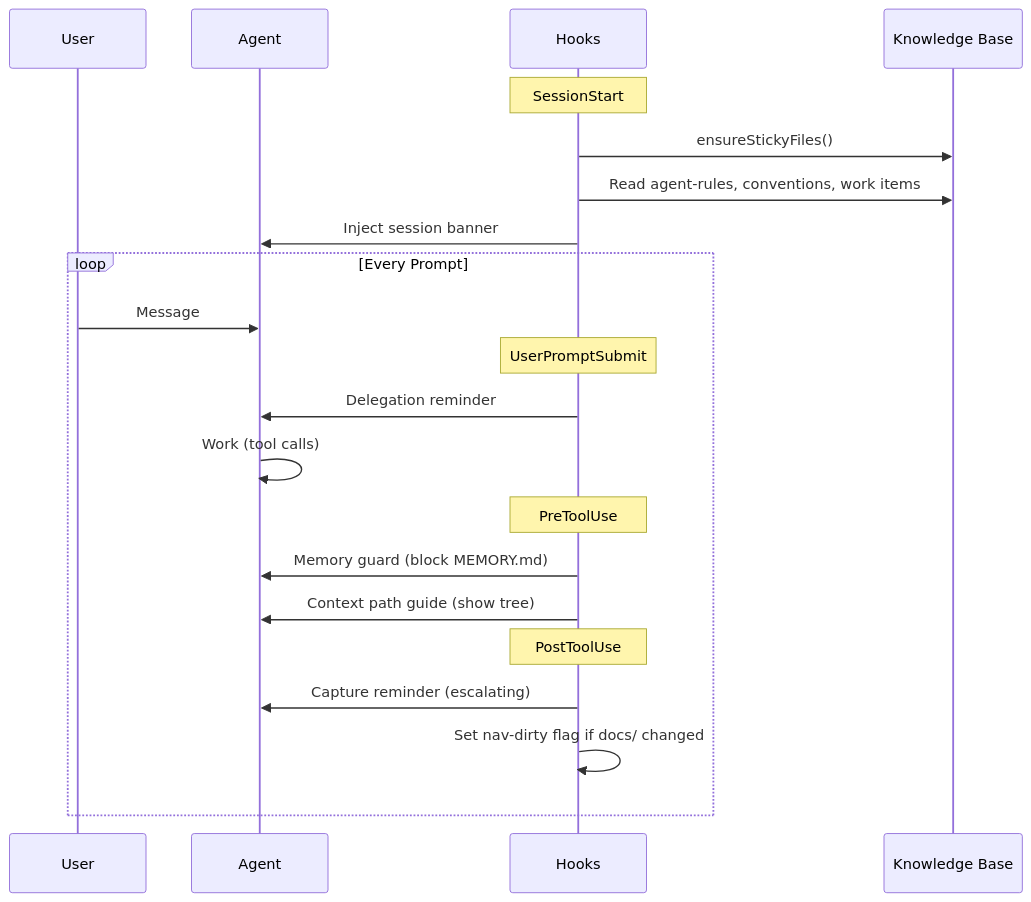
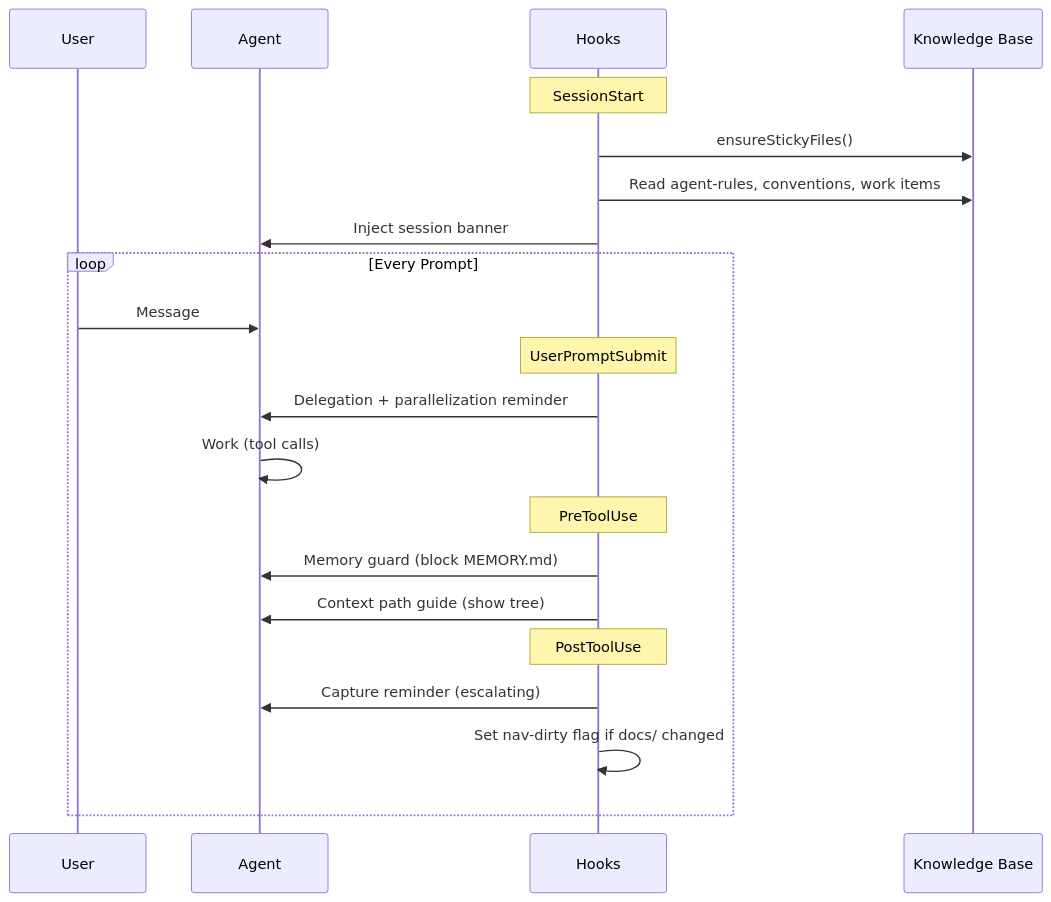
Before and after one commit to lorehq/lore-docs: the sixth of 7 diagrams in docs/how-it-works.md, drawn with Mermaid. The commit also changed other lines of this file and 3 other files, not shown here.

````diff
--- a/docs/how-it-works.md
+++ b/docs/how-it-works.md
@@ -244,27 +244,27 @@
 ```mermaid
 sequenceDiagram
     participant User
     participant Agent
     participant Hooks
     participant KB as Knowledge Base
 
     Note over Hooks: SessionStart
     Hooks->>KB: ensureStickyFiles()
     Hooks->>KB: Read agent-rules, conventions, work items
     Hooks->>Agent: Inject session banner
 
     loop Every Prompt
         User->>Agent: Message
         Note over Hooks: UserPromptSubmit
-        Hooks->>Agent: Delegation reminder
+        Hooks->>Agent: Delegation + parallelization reminder
         Agent->>Agent: Work (tool calls)
 
         Note over Hooks: PreToolUse
         Hooks->>Agent: Memory guard (block MEMORY.md)
         Hooks->>Agent: Context path guide (show tree)
 
         Note over Hooks: PostToolUse
         Hooks->>Agent: Capture reminder (escalating)
         Hooks->>Hooks: Set nav-dirty flag if docs/ changed
     end
 ```
````
